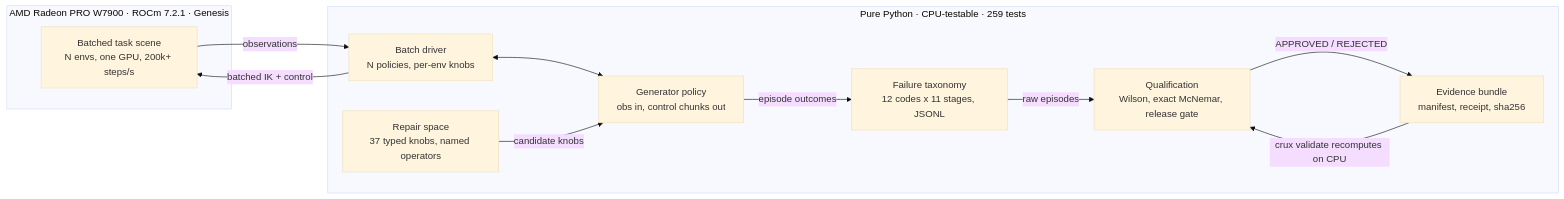
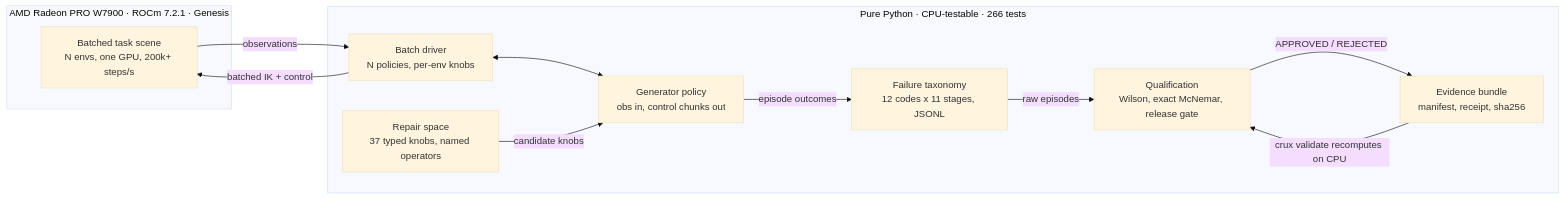
The diagram in README.md (Enoch208/Crux), drawn with Mermaid (base theme) before and after one commit. The commit also changed other lines of this file and 2 other files, not shown here.

````diff
--- a/README.md
+++ b/README.md
@@ -123,22 +123,22 @@
 ```mermaid
 flowchart LR
     subgraph GPU["AMD Radeon PRO W7900 · ROCm 7.2.1 · Genesis"]
         SCENE["Batched task scene<br/>N envs, one GPU, 200k+ steps/s"]
     end
-    subgraph CPU["Pure Python · CPU-testable · 259 tests"]
+    subgraph CPU["Pure Python · CPU-testable · 266 tests"]
         POLICY["Generator policy<br/>obs in, control chunks out"]
         DRIVER["Batch driver<br/>N policies, per-env knobs"]
         TAX["Failure taxonomy<br/>12 codes x 11 stages, JSONL"]
         REPAIR["Repair space<br/>37 typed knobs, named operators"]
         QUAL["Qualification<br/>Wilson, exact McNemar, release gate"]
         EVID["Evidence bundle<br/>manifest, receipt, sha256"]
     end
     DRIVER -->|batched IK + control| SCENE
     SCENE -->|observations| DRIVER
     DRIVER <--> POLICY
     POLICY -->|episode outcomes| TAX
     TAX -->|raw episodes| QUAL
     REPAIR -->|candidate knobs| POLICY
     QUAL -->|APPROVED / REJECTED| EVID
     EVID -->|crux validate recomputes on CPU| QUAL
 ```
````
